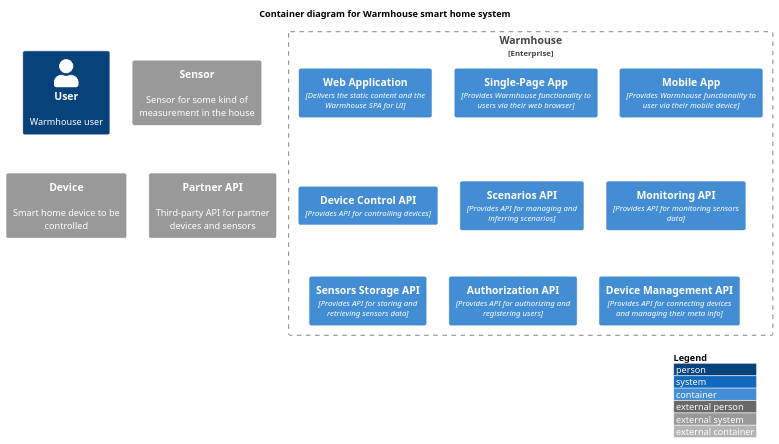
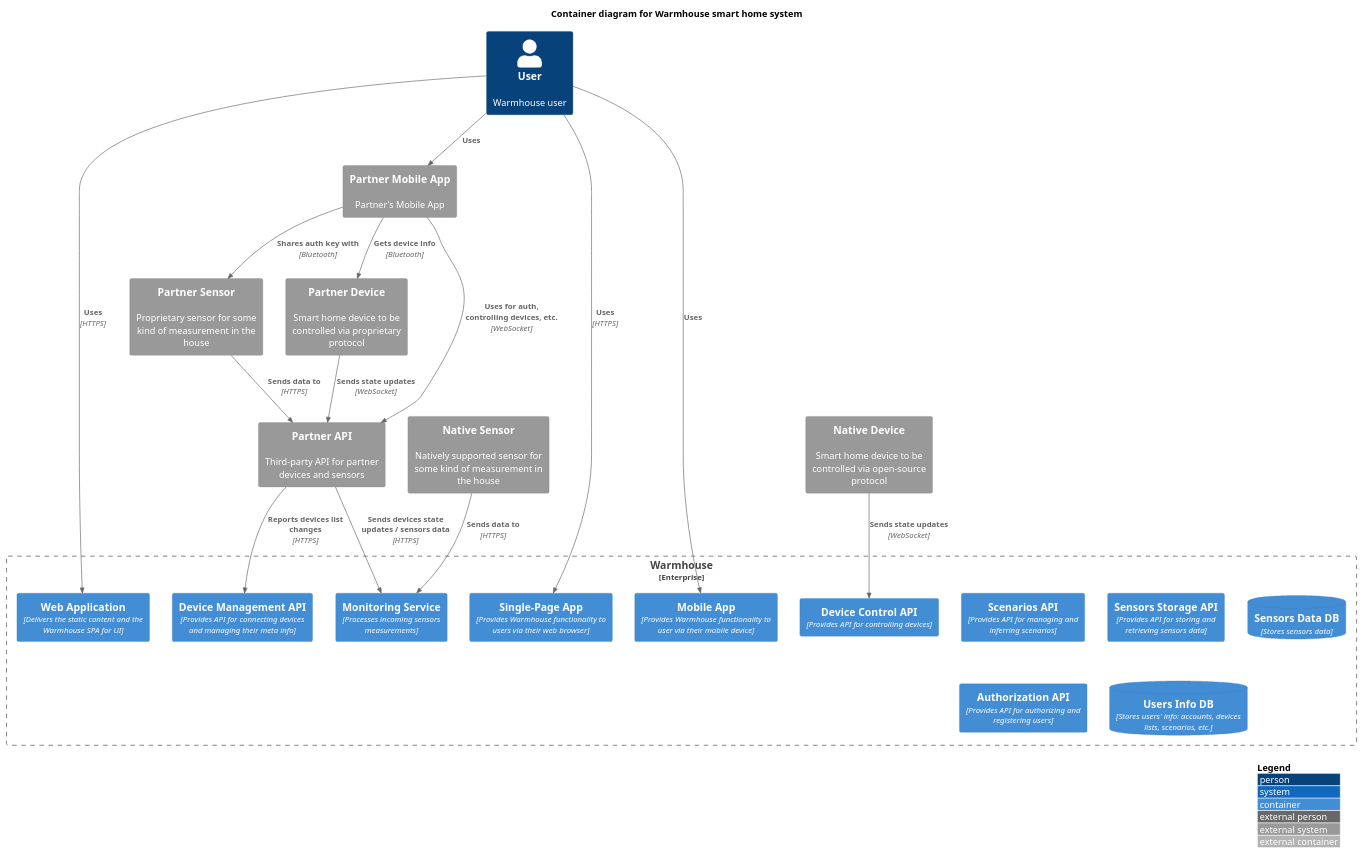
Before and after one commit to regu1yar/p1-architecture-warmhouse: the diagram in diagrams/container/Container.puml, drawn with PlantUML.

Commit message:
Add ext relations

```diff
--- a/diagrams/container/Container.puml
+++ b/diagrams/container/Container.puml
@@ -1,29 +1,57 @@
 @startuml "enterprise"
 
 ' !include https://raw.githubusercontent.com/plantuml-stdlib/C4-PlantUML/master/C4_Container.puml
 !include ./C4_Container.puml
 
 LAYOUT_WITH_LEGEND()
 
 title Container diagram for Warmhouse smart home system
 
 Person(user, "User", "Warmhouse user")
 
-System_Ext(sensor, "Sensor", "Sensor for some kind of measurement in the house")
-System_Ext(device, "Device", "Smart home device to be controlled")
+System_Ext(sensor_partner, "Partner Sensor", "Proprietary sensor for some kind of measurement in the house")
+System_Ext(device_partner, "Partner Device", "Smart home device to be controlled via proprietary protocol")
 
+System_Ext(sensor_native, "Native Sensor", "Natively supported sensor for some kind of measurement in the house")
+System_Ext(device_native, "Native Device", "Smart home device to be controlled via open-source protocol")
+
+System_Ext(partner_mobile_app, "Partner Mobile App", "Partner's Mobile App")
 System_Ext(partner_api, "Partner API", "Third-party API for partner devices and sensors")
 
 Enterprise_Boundary(warmhouse_boundary, "Warmhouse") {
     Container(warmhouse_user_web_app, "Web Application", "Delivers the static content and the Warmhouse SPA for UI")
     Container(warmhouse_spa, "Single-Page App", "Provides Warmhouse functionality to users via their web browser")
     Container(warmhouse_mobile_app, "Mobile App", "Provides Warmhouse functionality to user via their mobile device")
+
     Container(warmhouse_device_control_backend_api, "Device Control API", "Provides API for controlling devices")
     Container(warmhouse_scenarios_backend_api, "Scenarios API", "Provides API for managing and inferring scenarios")
-    Container(warmhouse_monitoring_backend_api, "Monitoring API", "Provides API for monitoring sensors data")
+
+    Container(warmhouse_monitoring_service, "Monitoring Service", "Processes incoming sensors measurements")
     Container(warmhouse_sensors_storage_backend_api, "Sensors Storage API", "Provides API for storing and retrieving sensors data")
+    ContainerDb(warmhouse_sensors_data_db, "Sensors Data DB", "Stores sensors data")
+
     Container(warmhouse_authorization_backend_api, "Authorization API", "Provides API for authorizing and registering users")
     Container(warmhouse_device_management_backend_api, "Device Management API", "Provides API for connecting devices and managing their meta info")
+
+    ContainerDb(warmhouse_users_info_db, "Users Info DB", "Stores users' info: accounts, devices lists, scenarios, etc.")
 }
 
+Rel(user, partner_mobile_app, "Uses")
+Rel(user, warmhouse_user_web_app, "Uses", "HTTPS")
+Rel(user, warmhouse_spa, "Uses", "HTTPS")
+Rel(user, warmhouse_mobile_app, "Uses")
+
+Rel(sensor_partner, partner_api, "Sends data to", "HTTPS")
+Rel(device_partner, partner_api, "Sends state updates", "WebSocket")
+
+Rel(sensor_native, warmhouse_monitoring_service, "Sends data to", "HTTPS")
+Rel(device_native, warmhouse_device_control_backend_api, "Sends state updates", "WebSocket")
+
+Rel(partner_mobile_app, sensor_partner, "Shares auth key with", "Bluetooth")
+Rel(partner_mobile_app, device_partner, "Gets device info", "Bluetooth")
+Rel(partner_mobile_app, partner_api, "Uses for auth, controlling devices, etc.", "WebSocket")
+
+Rel(partner_api, warmhouse_monitoring_service, "Sends devices state updates / sensors data", "HTTPS")
+Rel(partner_api, warmhouse_device_management_backend_api, "Reports devices list changes", "HTTPS")
+
 @enduml
```
